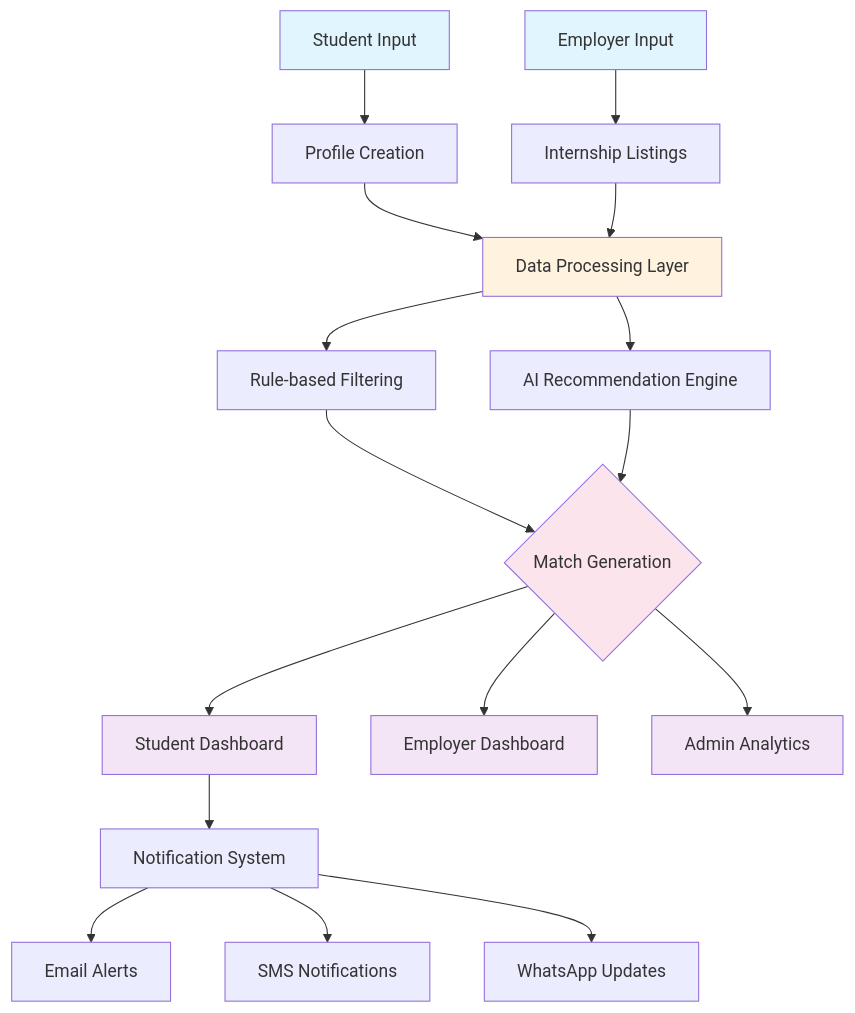
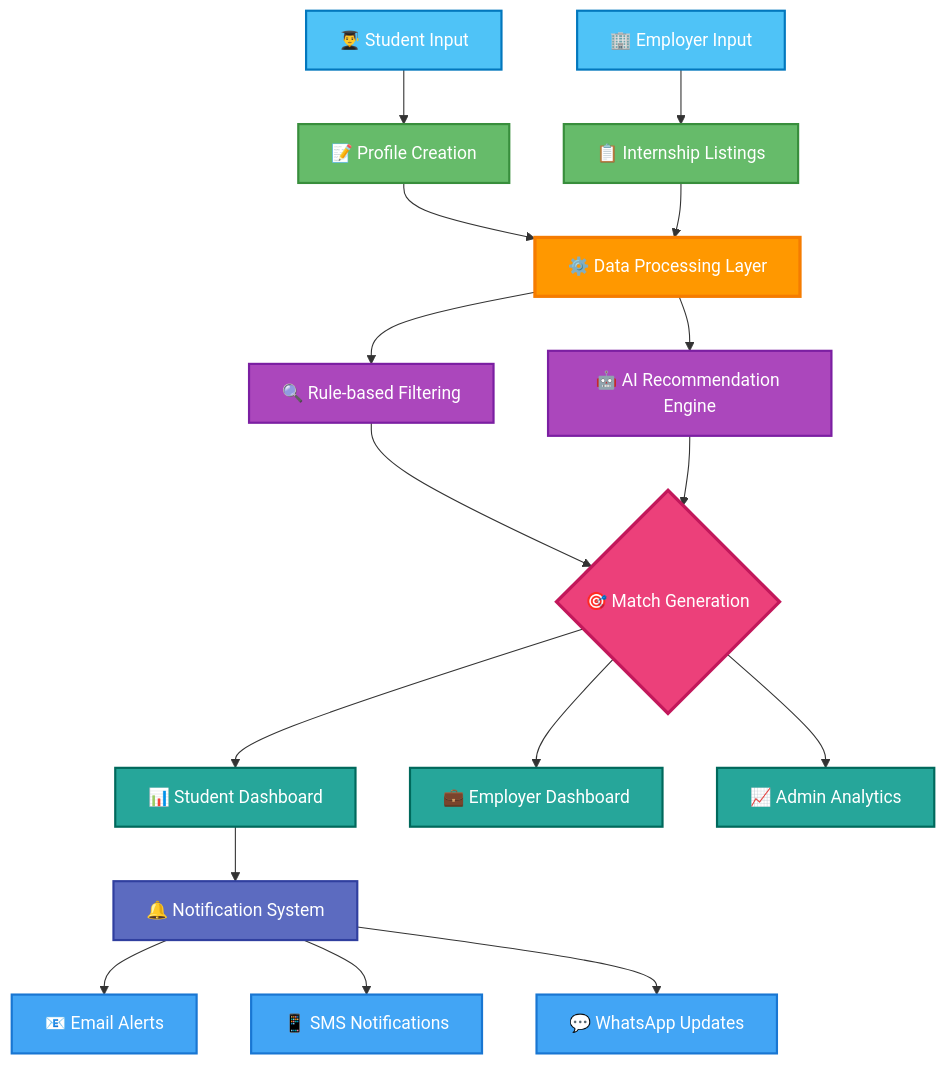
The diagram in README.md (Jay1425/InternGeniusDeploy), drawn with Mermaid before and after one commit. The commit also changed other lines of this file and 20 other files, not shown here.

````diff
--- a/README.md
+++ b/README.md
@@ -73,32 +73,55 @@
 ```mermaid
 flowchart TD
-    A[Student Input] --> B[Profile Creation]
-    C[Employer Input] --> D[Internship Listings]
+    A[👨‍🎓 Student Input] --> B[📝 Profile Creation]
+    C[🏢 Employer Input] --> D[📋 Internship Listings]
     
-    B --> E[Data Processing Layer]
+    B --> E[⚙️ Data Processing Layer]
     D --> E
     
-    E --> F[Rule-based Filtering]
-    E --> G[AI Recommendation Engine]
+    E --> F[🔍 Rule-based Filtering]
+    E --> G[🤖 AI Recommendation Engine]
     
-    F --> H{Match Generation}
+    F --> H{🎯 Match Generation}
     G --> H
     
-    H --> I[Student Dashboard]
-    H --> J[Employer Dashboard]
-    H --> K[Admin Analytics]
+    H --> I[📊 Student Dashboard]
+    H --> J[💼 Employer Dashboard]
+    H --> K[📈 Admin Analytics]
     
-    I --> L[Notification System]
+    I --> L[🔔 Notification System]
     
-    L --> M[Email Alerts]
-    L --> N[SMS Notifications]
-    L --> O[WhatsApp Updates]
+    L --> M[📧 Email Alerts]
+    L --> N[📱 SMS Notifications]
+    L --> O[💬 WhatsApp Updates]
     
-    style A fill:#e1f5fe
-    style C fill:#e1f5fe
-    style E fill:#fff3e0
-    style H fill:#fce4ec
-    style I fill:#f3e5f5
-    style J fill:#f3e5f5
-    style K fill:#f3e5f5
+    %% Input nodes - Blue gradient
+    style A fill:#4fc3f7,stroke:#0277bd,stroke-width:2px,color:#fff
+    style C fill:#4fc3f7,stroke:#0277bd,stroke-width:2px,color:#fff
+    
+    %% Profile creation - Green gradient
+    style B fill:#66bb6a,stroke:#388e3c,stroke-width:2px,color:#fff
+    style D fill:#66bb6a,stroke:#388e3c,stroke-width:2px,color:#fff
+    
+    %% Processing layer - Orange gradient
+    style E fill:#ff9800,stroke:#f57c00,stroke-width:3px,color:#fff
+    
+    %% AI components - Purple gradient
+    style F fill:#ab47bc,stroke:#7b1fa2,stroke-width:2px,color:#fff
+    style G fill:#ab47bc,stroke:#7b1fa2,stroke-width:2px,color:#fff
+    
+    %% Match generation - Pink gradient (decision point)
+    style H fill:#ec407a,stroke:#c2185b,stroke-width:3px,color:#fff
+    
+    %% Dashboards - Teal gradient
+    style I fill:#26a69a,stroke:#00695c,stroke-width:2px,color:#fff
+    style J fill:#26a69a,stroke:#00695c,stroke-width:2px,color:#fff
+    style K fill:#26a69a,stroke:#00695c,stroke-width:2px,color:#fff
+    
+    %% Notification system - Indigo gradient
+    style L fill:#5c6bc0,stroke:#303f9f,stroke-width:2px,color:#fff
+    
+    %% Alert types - Light blue gradient
+    style M fill:#42a5f5,stroke:#1976d2,stroke-width:2px,color:#fff
+    style N fill:#42a5f5,stroke:#1976d2,stroke-width:2px,color:#fff
+    style O fill:#42a5f5,stroke:#1976d2,stroke-width:2px,color:#fff
 ```
````
